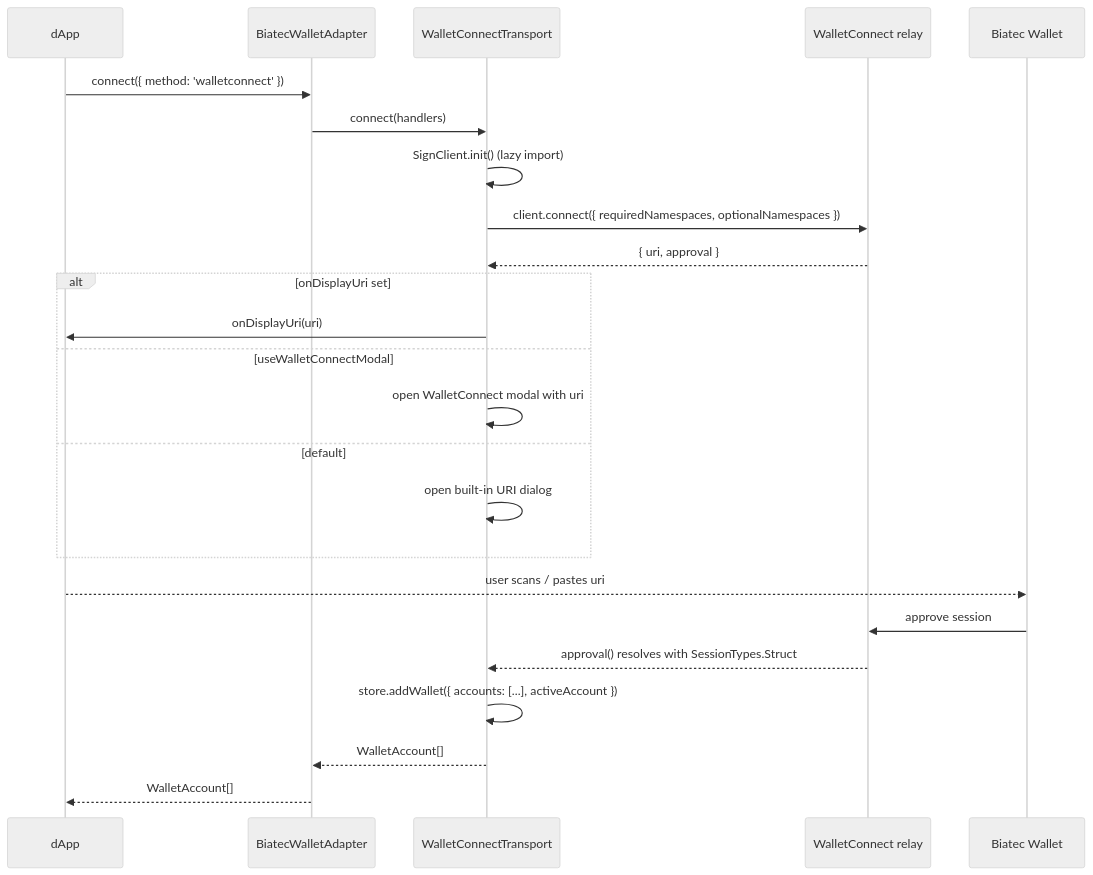
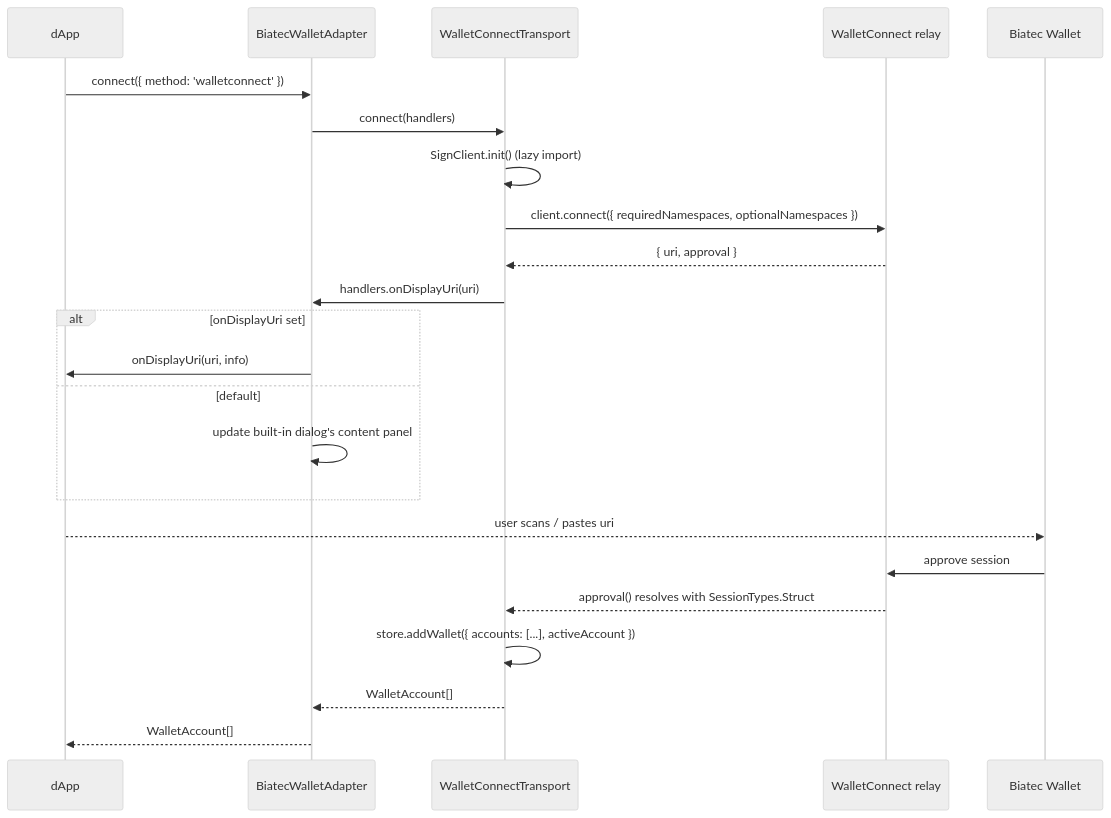
One commit to scholtz/biatec-wallet-use-wallet-client changed the first of 2 diagrams in docs/ARCHITECTURE.md. Above: the diagram before and after it, drawn with Mermaid (neutral theme). The commit also changed other lines of this file and 19 other files, not shown here.

First line of the commit message:
fix: resolve ReferenceError in connect dialog initialization

````diff
--- a/docs/ARCHITECTURE.md
+++ b/docs/ARCHITECTURE.md
@@ -77,27 +75,26 @@
 ```mermaid
 sequenceDiagram
     participant App as dApp
     participant Adapter as BiatecWalletAdapter
     participant Transport as WalletConnectTransport
     participant WC as WalletConnect relay
     participant Biatec as Biatec Wallet
 
     App->>Adapter: connect({ method: 'walletconnect' })
     Adapter->>Transport: connect(handlers)
     Transport->>Transport: SignClient.init() (lazy import)
     Transport->>WC: client.connect({ requiredNamespaces, optionalNamespaces })
     WC-->>Transport: { uri, approval }
+    Transport->>Adapter: handlers.onDisplayUri(uri)
     alt onDisplayUri set
-        Transport->>App: onDisplayUri(uri)
-    else useWalletConnectModal
-        Transport->>Transport: open WalletConnect modal with uri
+        Adapter->>App: onDisplayUri(uri, info)
     else default
-        Transport->>Transport: open built-in URI dialog
+        Adapter->>Adapter: update built-in dialog's content panel
     end
     App-->>Biatec: user scans / pastes uri
     Biatec->>WC: approve session
     WC-->>Transport: approval() resolves with SessionTypes.Struct
     Transport->>Transport: store.addWallet({ accounts: [...], activeAccount })
     Transport-->>Adapter: WalletAccount[]
     Adapter-->>App: WalletAccount[]
 ```
````
